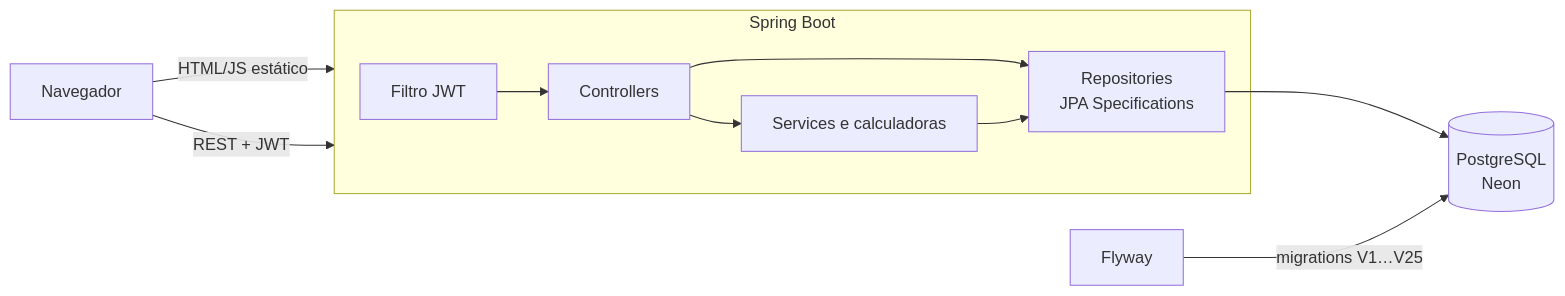
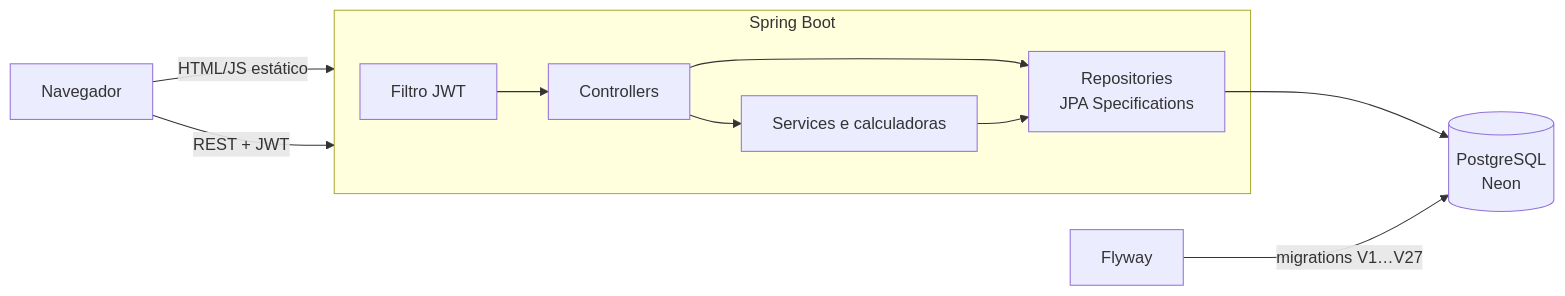
One commit to gustavoromanno/concursos-platform changed the first of 3 diagrams in README.md. Above: the diagram before and after it, drawn with Mermaid. The commit also changed other lines of this file and 15 other files, not shown here.

````diff
--- a/README.md
+++ b/README.md
@@ -106,13 +112,13 @@
 ```mermaid
 flowchart LR
     U[Navegador] -->|HTML/JS estático| S
     U -->|REST + JWT| S
     subgraph S[Spring Boot]
         F[Filtro JWT] --> C[Controllers]
         C --> SV[Services e calculadoras]
         C --> R[Repositories<br/>JPA Specifications]
         SV --> R
     end
     R --> DB[(PostgreSQL<br/>Neon)]
-    FW[Flyway] -->|migrations V1…V25| DB
+    FW[Flyway] -->|migrations V1…V27| DB
 ```
````
